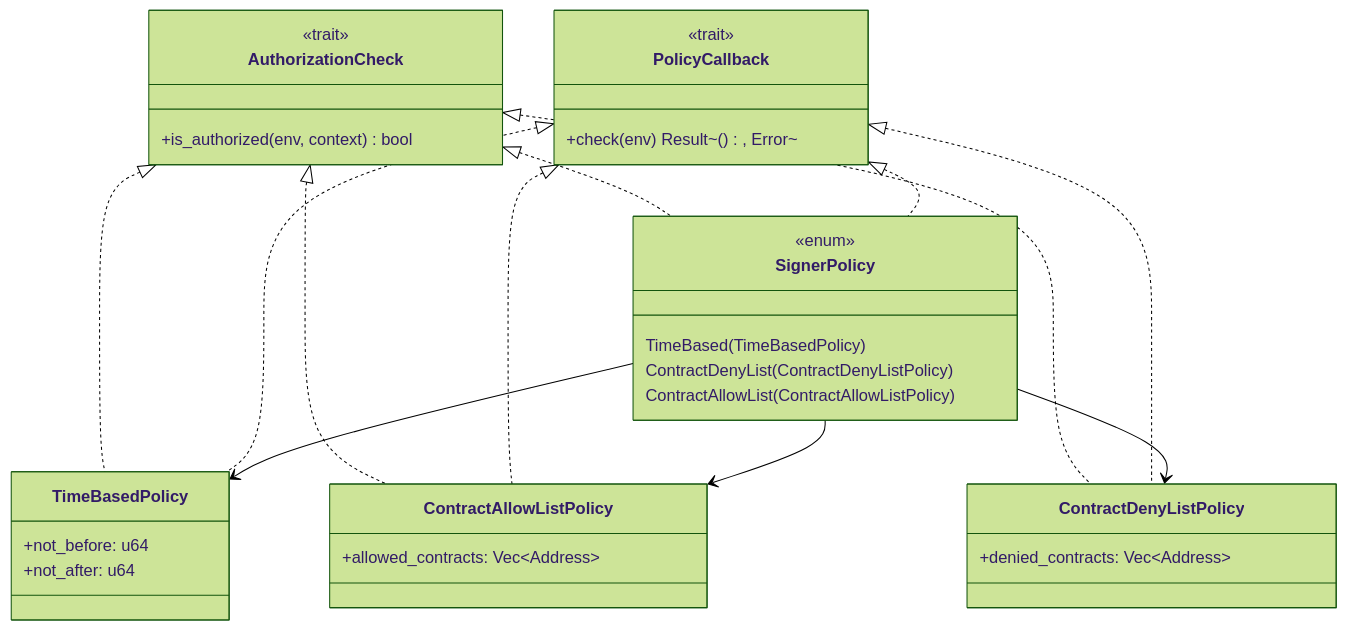
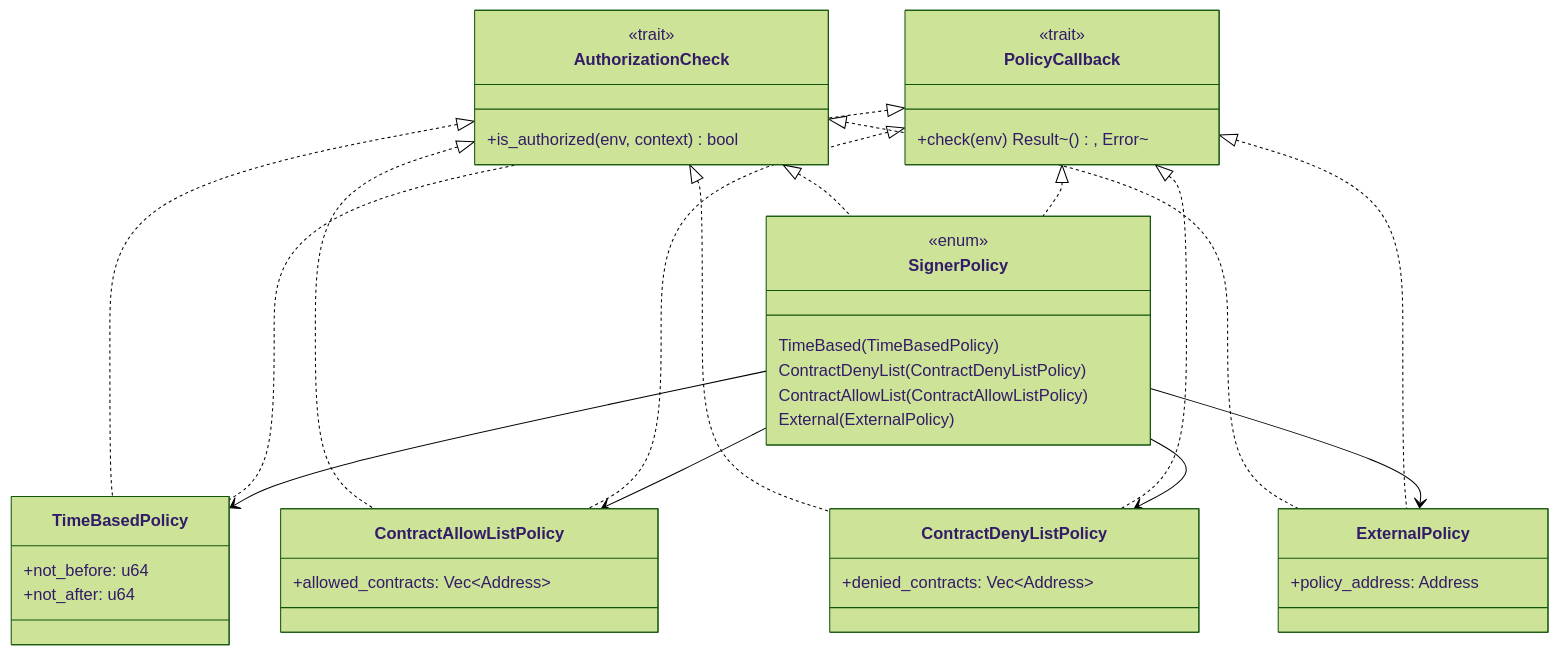
The third of 5 diagrams in contracts/smart-account/README.md (Crossmint/stellar-smart-account), drawn with Mermaid (forest theme) before and after one commit. The commit also changed other lines of this file and 4 other files, not shown here.

First line of the commit message:
docs: Update documentation for plugin architecture and external delegation

````diff
--- a/contracts/smart-account/README.md
+++ b/contracts/smart-account/README.md
@@ -172,45 +289,53 @@
 ```mermaid
 classDiagram
     class AuthorizationCheck {
         <<trait>>
         +is_authorized(env, context) bool
     }
     
     class PolicyCallback {
         <<trait>>
         +check(env) Result~(), Error~
     }
     
     class SignerPolicy {
         <<enum>>
         TimeBased(TimeBasedPolicy)
         ContractDenyList(ContractDenyListPolicy)
         ContractAllowList(ContractAllowListPolicy)
+        External(ExternalPolicy)
     }
     
     class TimeBasedPolicy {
         +not_before: u64
         +not_after: u64
     }
     
     class ContractAllowListPolicy {
         +allowed_contracts: Vec~Address~
     }
     
     class ContractDenyListPolicy {
         +denied_contracts: Vec~Address~
     }
     
+    class ExternalPolicy {
+        +policy_address: Address
+    }
+    
     AuthorizationCheck <|.. SignerPolicy
     PolicyCallback <|.. SignerPolicy
     AuthorizationCheck <|.. TimeBasedPolicy
     AuthorizationCheck <|.. ContractAllowListPolicy
     AuthorizationCheck <|.. ContractDenyListPolicy
+    AuthorizationCheck <|.. ExternalPolicy
     PolicyCallback <|.. TimeBasedPolicy
     PolicyCallback <|.. ContractAllowListPolicy
     PolicyCallback <|.. ContractDenyListPolicy
+    PolicyCallback <|.. ExternalPolicy
     
     SignerPolicy --> TimeBasedPolicy
     SignerPolicy --> ContractAllowListPolicy
     SignerPolicy --> ContractDenyListPolicy
+    SignerPolicy --> ExternalPolicy
 ```
````
